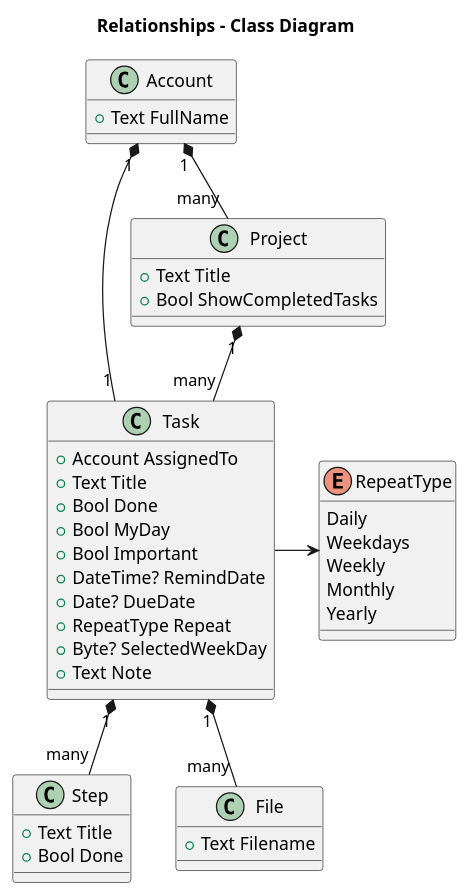
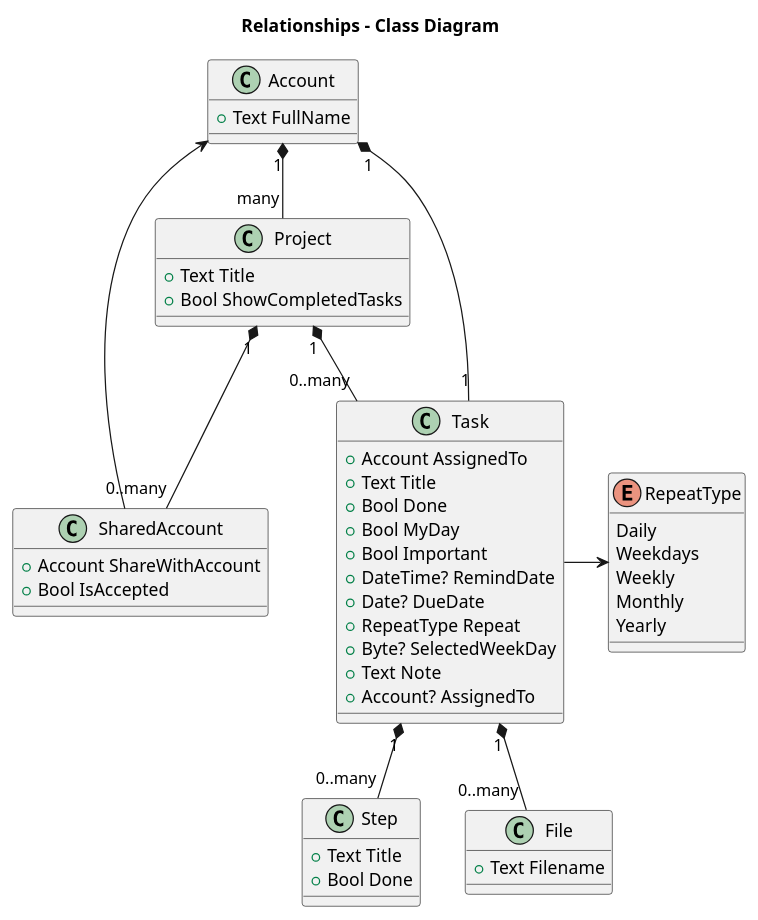
One commit to Task-Manager-Software/Documents changed the diagram in Model/Model.puml. Above: the diagram before and after it, drawn with PlantUML.

Commit message:
introduced project sharing

```diff
--- a/Model/Model.puml
+++ b/Model/Model.puml
@@ -1,50 +1,58 @@
 @startuml
 title Relationships - Class Diagram
 
 class Account {
     +Text FullName    
 }
 
 class Project {
     +Text Title
     +Bool ShowCompletedTasks
+}
+
+class SharedAccount {
+    +Account ShareWithAccount
+    +Bool IsAccepted
 }
 
 class Task {
     +Account AssignedTo
     +Text Title
     +Bool Done
     +Bool MyDay
     +Bool Important
     +DateTime? RemindDate
     +Date? DueDate
     +RepeatType Repeat
     +Byte? SelectedWeekDay
     +Text Note
+    +Account? AssignedTo 
 }
 
 class Step {
     +Text Title
     +Bool Done
 }
 
 class File {
     +Text Filename
 }
 
 enum RepeatType{
     Daily
     Weekdays
     Weekly
     Monthly
     Yearly
 }
 
 Account "1" *-down- "many" Project
-Project "1" *-down- "many" Task
+Project "1" *-down- "0..many" Task
+Project "1" *-down- "0..many" SharedAccount
 Account "1" *-down- "1" Task
-Task "1" *-down- "many" File
-Task "1" *-down- "many" Step
+Task "1" *-down- "0..many" File
+Task "1" *-down- "0..many" Step
 Task -> RepeatType
+SharedAccount -> Account
 
 @enduml
```
